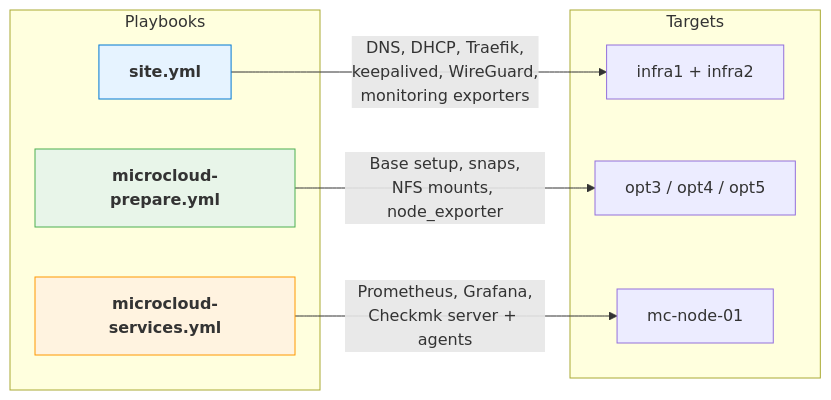
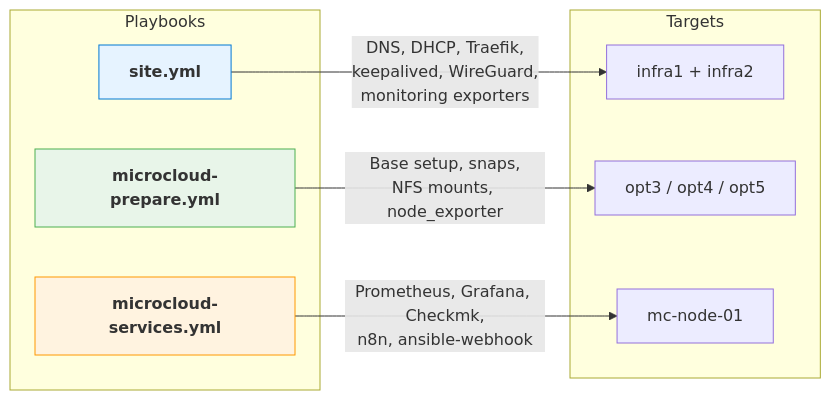
The second of 5 diagrams in README.md (fjacquet/homelab-dns), drawn with Mermaid before and after one commit. The commit also changed other lines of this file and 6 other files, not shown here.

First line of the commit message:
refactor: move n8n + ansible-webhook to MicroCloud, use NFS volumes

````diff
--- a/README.md
+++ b/README.md
@@ -88,22 +95,22 @@
 ```mermaid
 graph LR
     subgraph Playbooks
         SITE["<b>site.yml</b>"]
         MCP["<b>microcloud-prepare.yml</b>"]
         MCS["<b>microcloud-services.yml</b>"]
     end
 
     subgraph Targets
         I1I2["infra1 + infra2"]
         OPT["opt3 / opt4 / opt5"]
         MC1["mc-node-01"]
     end
 
     SITE -->|"DNS, DHCP, Traefik,<br/>keepalived, WireGuard,<br/>monitoring exporters"| I1I2
     MCP -->|"Base setup, snaps,<br/>NFS mounts, node_exporter"| OPT
-    MCS -->|"Prometheus, Grafana,<br/>Checkmk server + agents"| MC1
+    MCS -->|"Prometheus, Grafana, Checkmk,<br/>n8n, ansible-webhook"| MC1
 
     style SITE fill:#e6f3ff,stroke:#0078D4
     style MCP fill:#e8f5e9,stroke:#4caf50
     style MCS fill:#fff3e0,stroke:#ff9800
 ```
````
